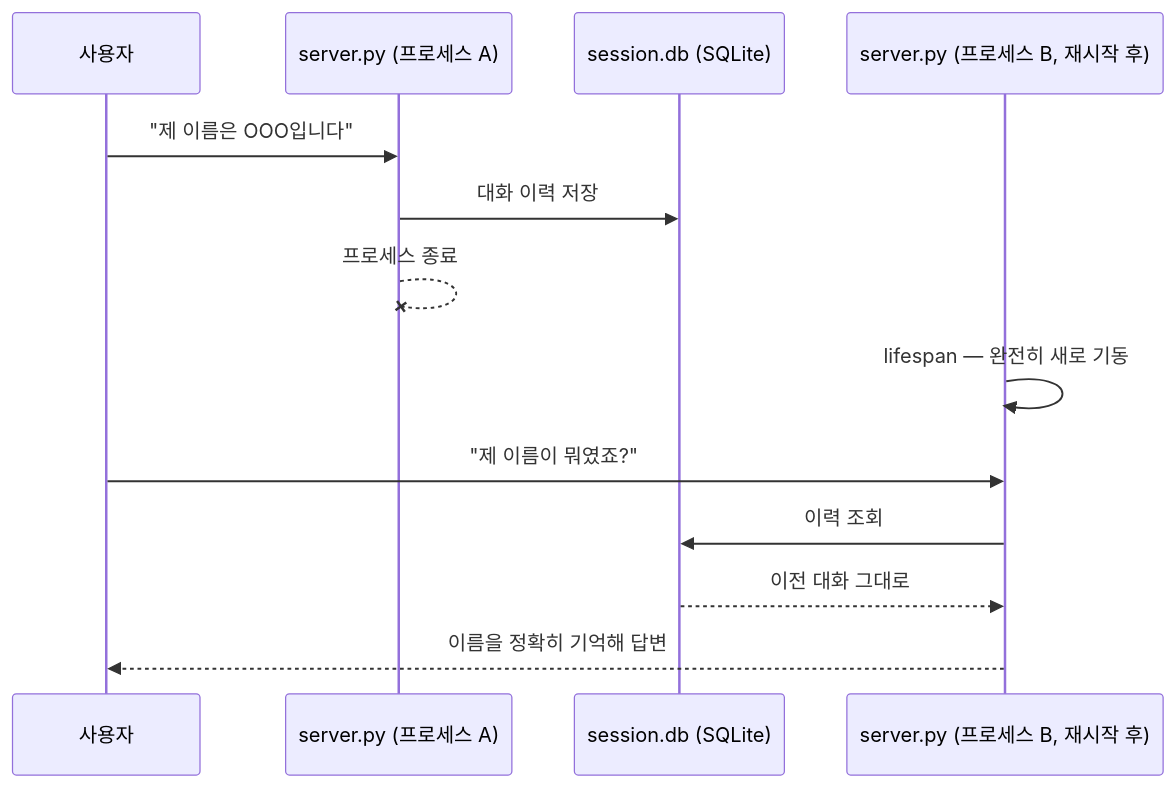
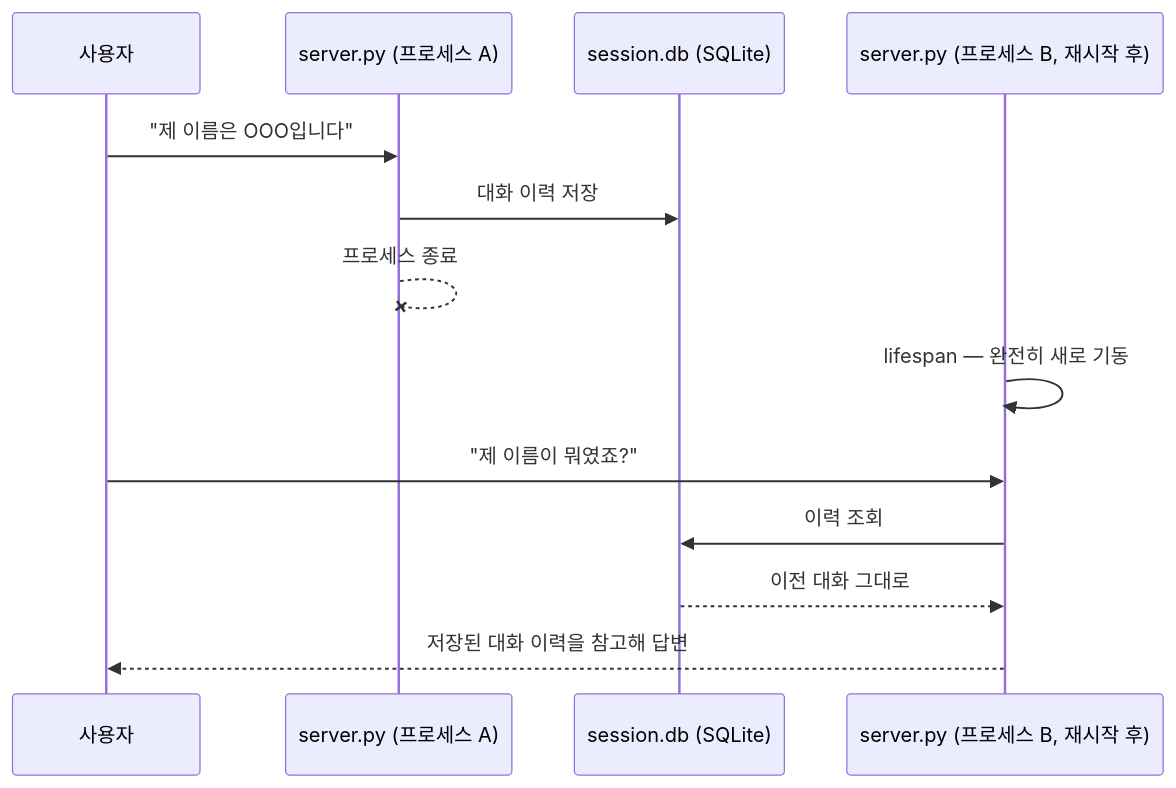
Before and after one commit to lim-bada/skala-aiservice: the fifth of 6 diagrams in doc/README.md, drawn with Mermaid. The commit also changed other lines of this file and 91 other files, not shown here.

````diff
--- a/doc/README.md
+++ b/doc/README.md
@@ -164,16 +233,16 @@
 ```mermaid
 sequenceDiagram
     participant U as 사용자
     participant S1 as server.py (프로세스 A)
     participant DB as session.db (SQLite)
     participant S2 as server.py (프로세스 B, 재시작 후)
 
     U->>S1: "제 이름은 OOO입니다"
     S1->>DB: 대화 이력 저장
     S1--xS1: 프로세스 종료
     S2->>S2: lifespan — 완전히 새로 기동
     U->>S2: "제 이름이 뭐였죠?"
     S2->>DB: 이력 조회
     DB-->>S2: 이전 대화 그대로
-    S2-->>U: 이름을 정확히 기억해 답변
+    S2-->>U: 저장된 대화 이력을 참고해 답변
 ```
````
